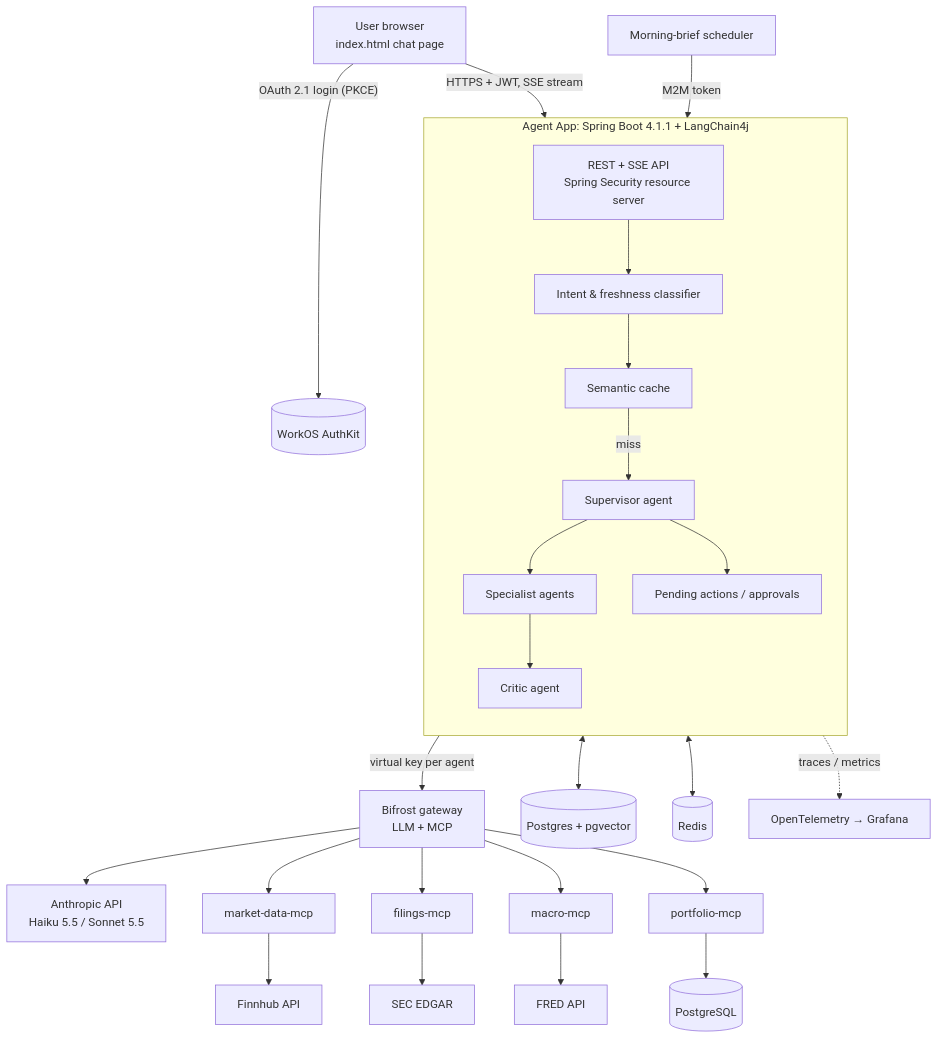
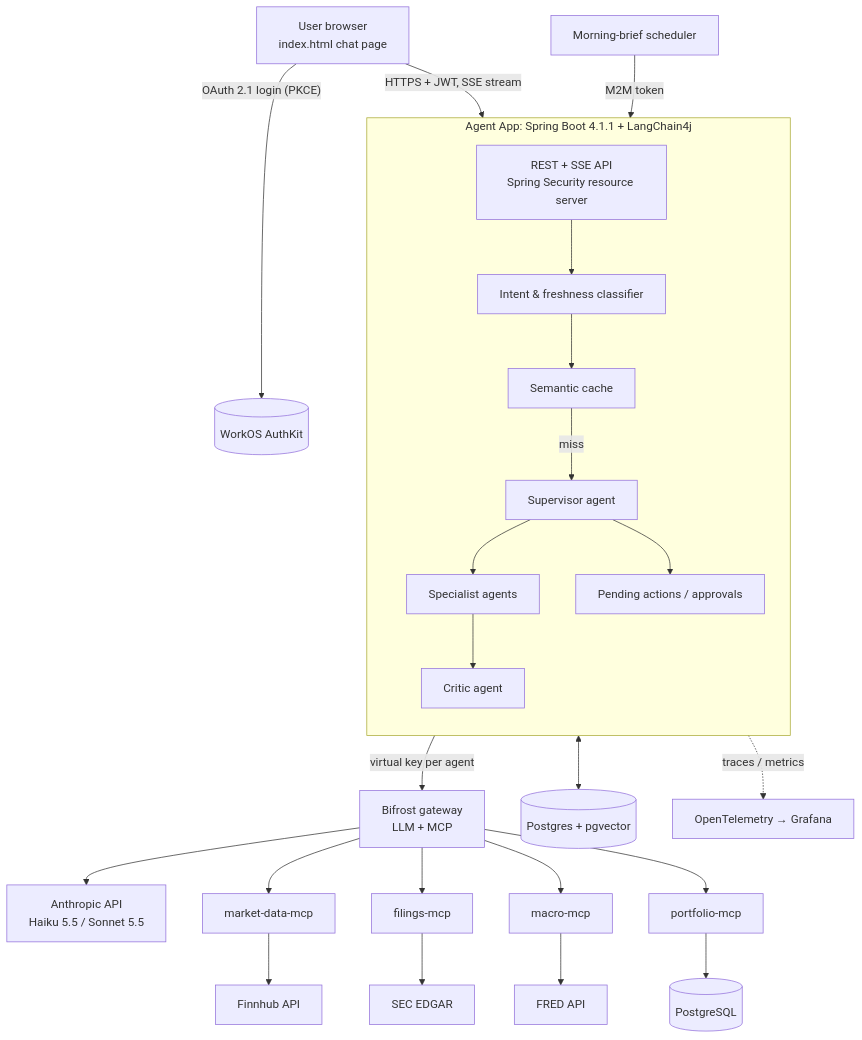
The first of 4 diagrams in docs/requirements/stock-research-agent-spec.md (sri-chalam/stock-research-agent), drawn with Mermaid before and after one commit. The commit also changed other lines of this file and 7 other files, not shown here.

````diff
--- a/docs/requirements/stock-research-agent-spec.md
+++ b/docs/requirements/stock-research-agent-spec.md
@@ -107,36 +106,35 @@
 ```mermaid
 flowchart TB
     U[User browser<br/>index.html chat page] -- "OAuth 2.1 login (PKCE)" --> WOS[(WorkOS AuthKit)]
     U -- "HTTPS + JWT, SSE stream" --> APP
 
     subgraph APP[Agent App: Spring Boot 4.1.1 + LangChain4j]
       direction TB
       API[REST + SSE API<br/>Spring Security resource server]
       CLS[Intent & freshness classifier]
       SC[Semantic cache]
       SUP[Supervisor agent]
       SPEC[Specialist agents]
       CRIT[Critic agent]
       HITL[Pending actions / approvals]
       API --> CLS --> SC
       SC -- miss --> SUP --> SPEC --> CRIT
       SUP --> HITL
     end
 
     APP -- "virtual key per agent" --> BF[Bifrost gateway<br/>LLM + MCP]
     BF --> CLAUDE[Anthropic API<br/>Haiku 5.5 / Sonnet 5.5]
     BF --> MD[market-data-mcp]
     BF --> FL[filings-mcp]
     BF --> MC[macro-mcp]
     BF --> PF[portfolio-mcp]
 
     MD --> FH[Finnhub API]
     FL --> SEC[SEC EDGAR]
     MC --> FRED[FRED API]
     PF --> PG[(PostgreSQL)]
 
     APP <--> PGV[(Postgres + pgvector)]
-    APP <--> RD[(Redis)]
     JOB[Morning-brief scheduler] -- "M2M token" --> APP
     APP -. traces / metrics .-> OBS[OpenTelemetry → Grafana]
 ```
````
